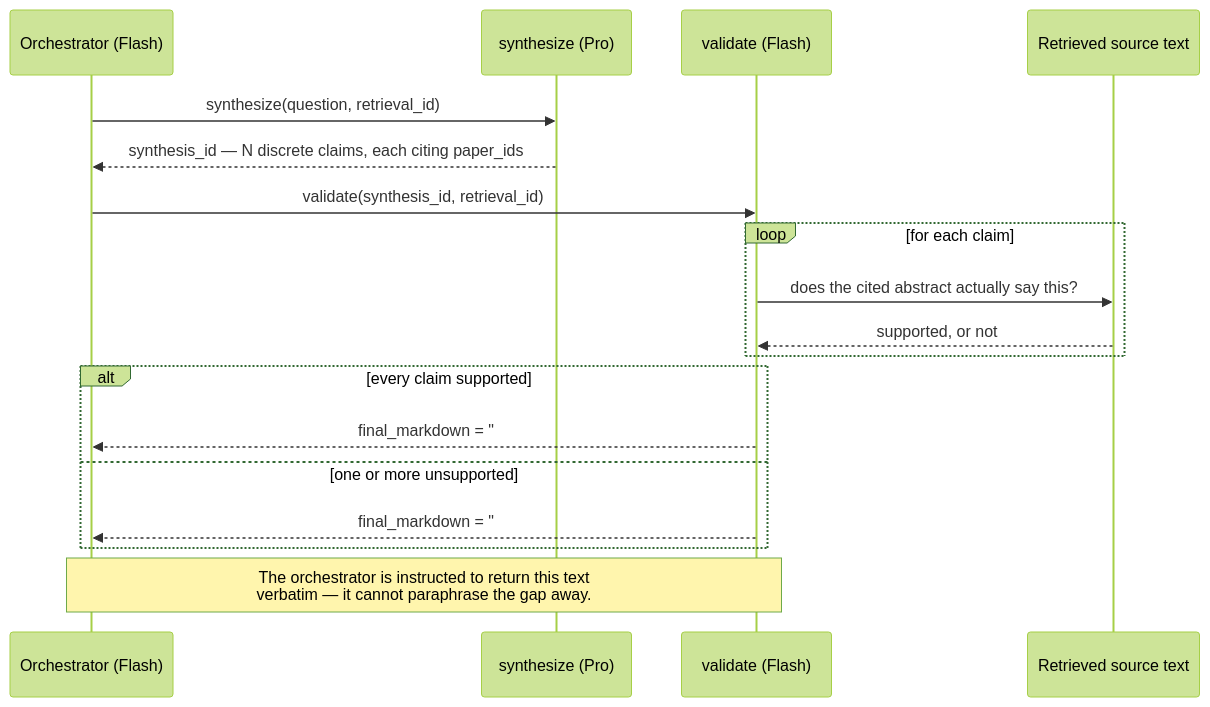
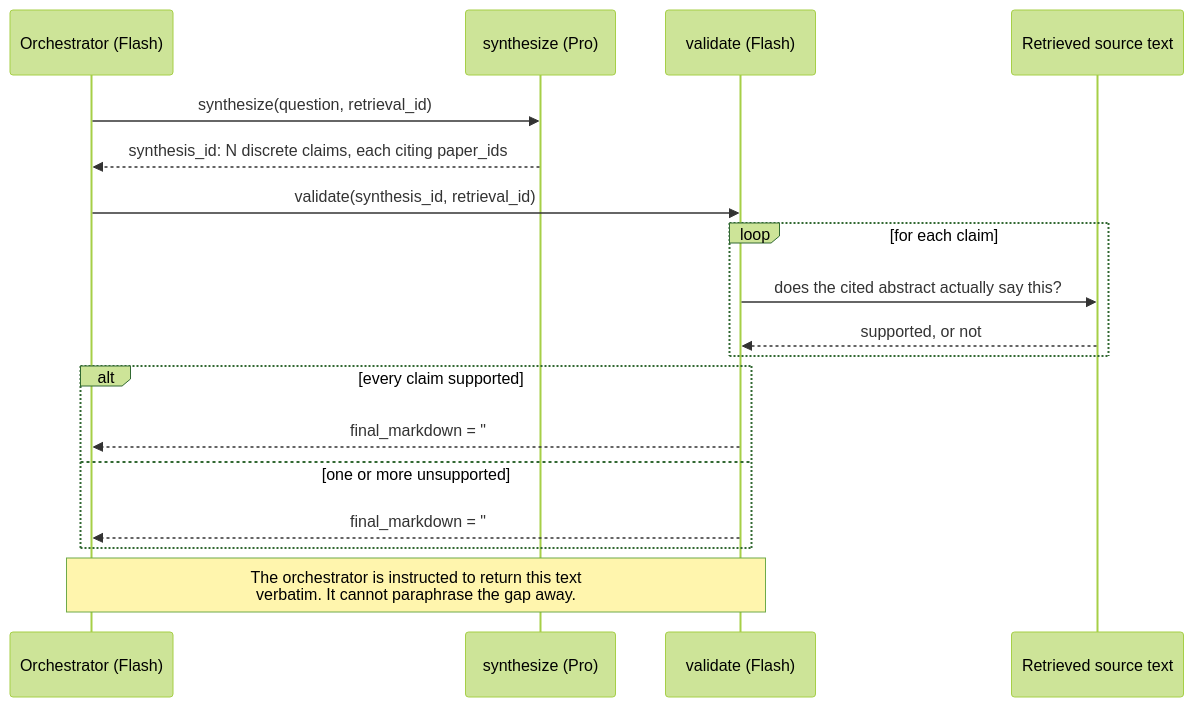
One commit to curtisdarst/research-triage-agent changed the third of 3 diagrams in README.md. Above: the diagram before and after it, drawn with Mermaid (forest theme). The commit also changed other lines of this file and 12 other files, not shown here.

````diff
--- a/README.md
+++ b/README.md
@@ -90,21 +113,21 @@
 ```mermaid
 sequenceDiagram
     participant O as Orchestrator (Flash)
     participant Y as synthesize (Pro)
     participant V as validate (Flash)
     participant S as Retrieved source text
 
     O->>Y: synthesize(question, retrieval_id)
-    Y-->>O: synthesis_id — N discrete claims, each citing paper_ids
+    Y-->>O: synthesis_id: N discrete claims, each citing paper_ids
     O->>V: validate(synthesis_id, retrieval_id)
     loop for each claim
         V->>S: does the cited abstract actually say this?
         S-->>V: supported, or not
     end
     alt every claim supported
         V-->>O: final_markdown = "## Findings" only
     else one or more unsupported
         V-->>O: final_markdown = "## Findings" (supported claims)<br/>+ "## Could not verify" (named gap, not dropped)
     end
-    Note over V,O: The orchestrator is instructed to return this text<br/>verbatim — it cannot paraphrase the gap away.
+    Note over V,O: The orchestrator is instructed to return this text<br/>verbatim. It cannot paraphrase the gap away.
 ```
````
